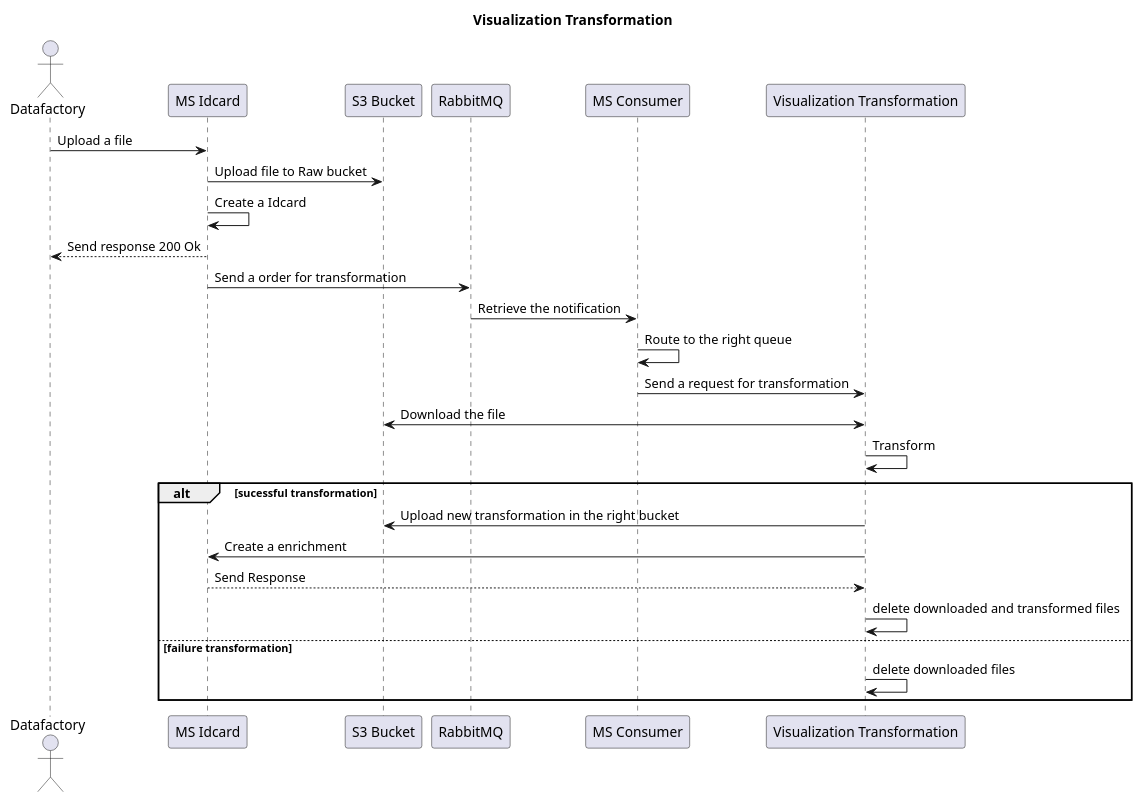
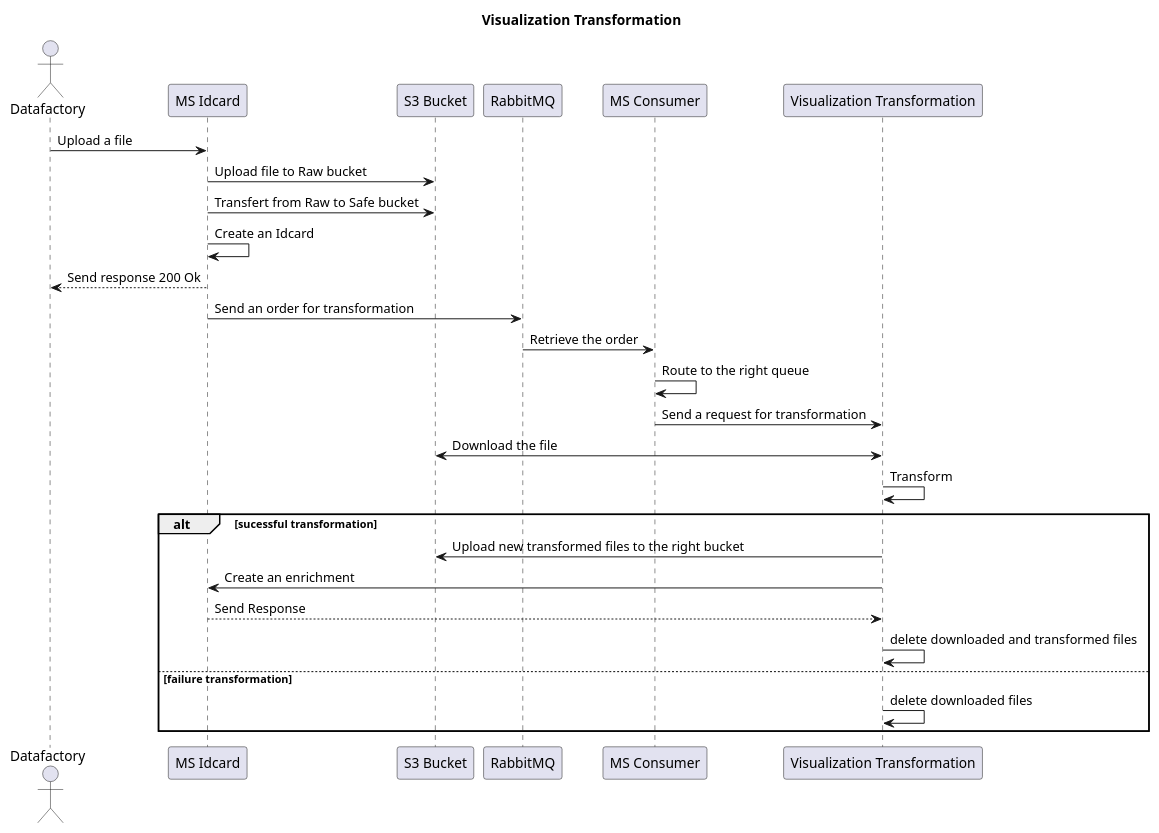
Before and after one commit to cogirep/documentation: the diagram in 01.byd-DataFactory/4.DeploymentDossier/img/seq_transfoVisualization.puml, drawn with PlantUML. The commit also changed 5 other files, not shown here.

```diff
--- a/01.byd-DataFactory/4.DeploymentDossier/img/seq_transfoVisualization.puml
+++ b/01.byd-DataFactory/4.DeploymentDossier/img/seq_transfoVisualization.puml
@@ -1,35 +1,36 @@
 @startuml seq_transfoVisualization
 
 title Visualization Transformation
 
 actor Datafactory as DF
 participant "MS Idcard" as Idcard
 participant "S3 Bucket" as S3
 participant "RabbitMQ" as RabbitMQ
 participant "MS Consumer" as Consumer
 participant "Visualization Transformation" as Transfo
 
 DF -> Idcard: Upload a file
 Idcard -> S3: Upload file to Raw bucket
-Idcard -> Idcard: Create a Idcard
+Idcard -> S3: Transfert from Raw to Safe bucket
+Idcard -> Idcard: Create an Idcard
 DF <-- Idcard: Send response 200 Ok
 
-Idcard -> RabbitMQ: Send a order for transformation
-RabbitMQ -> Consumer: Retrieve the notification
+Idcard -> RabbitMQ: Send an order for transformation
+RabbitMQ -> Consumer: Retrieve the order
 Consumer -> Consumer: Route to the right queue
 
 Consumer -> Transfo: Send a request for transformation
 Transfo <-> S3: Download the file
 Transfo -> Transfo: Transform
 
 alt sucessful transformation
-  Transfo -> S3: Upload new transformation in the right bucket
+  Transfo -> S3: Upload new transformed files to the right bucket
 
-  Transfo -> Idcard: Create a enrichment
+  Transfo -> Idcard: Create an enrichment
   Idcard --> Transfo: Send Response
   Transfo -> Transfo: delete downloaded and transformed files
 else failure transformation
   Transfo -> Transfo: delete downloaded files
 end
 
 @enduml
```
